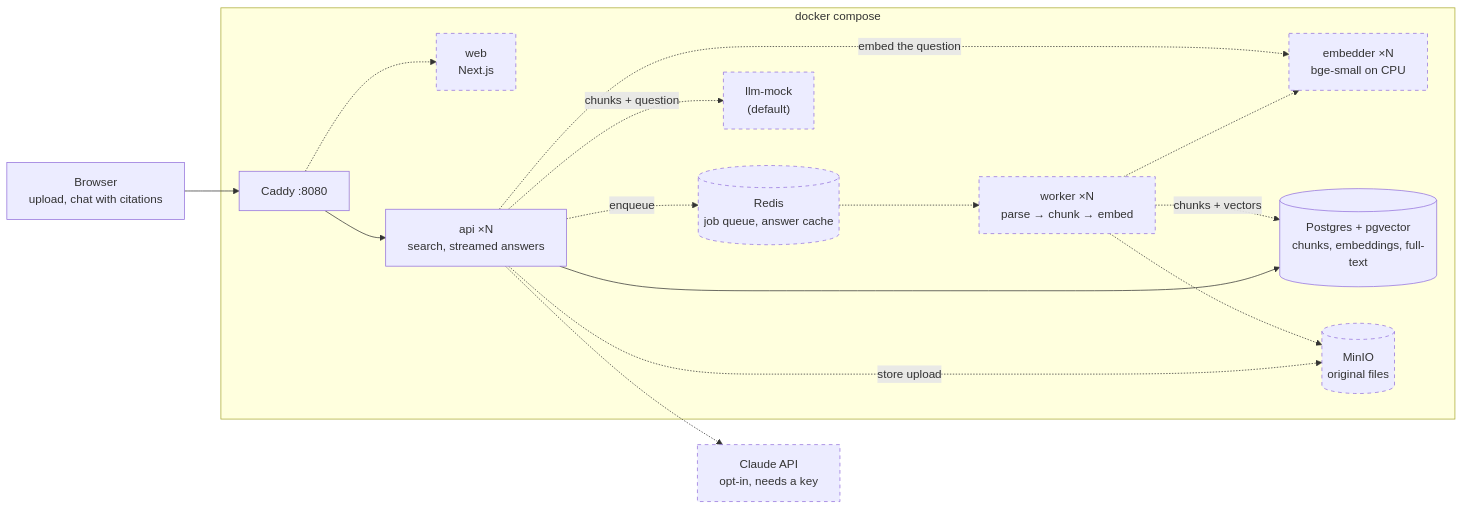
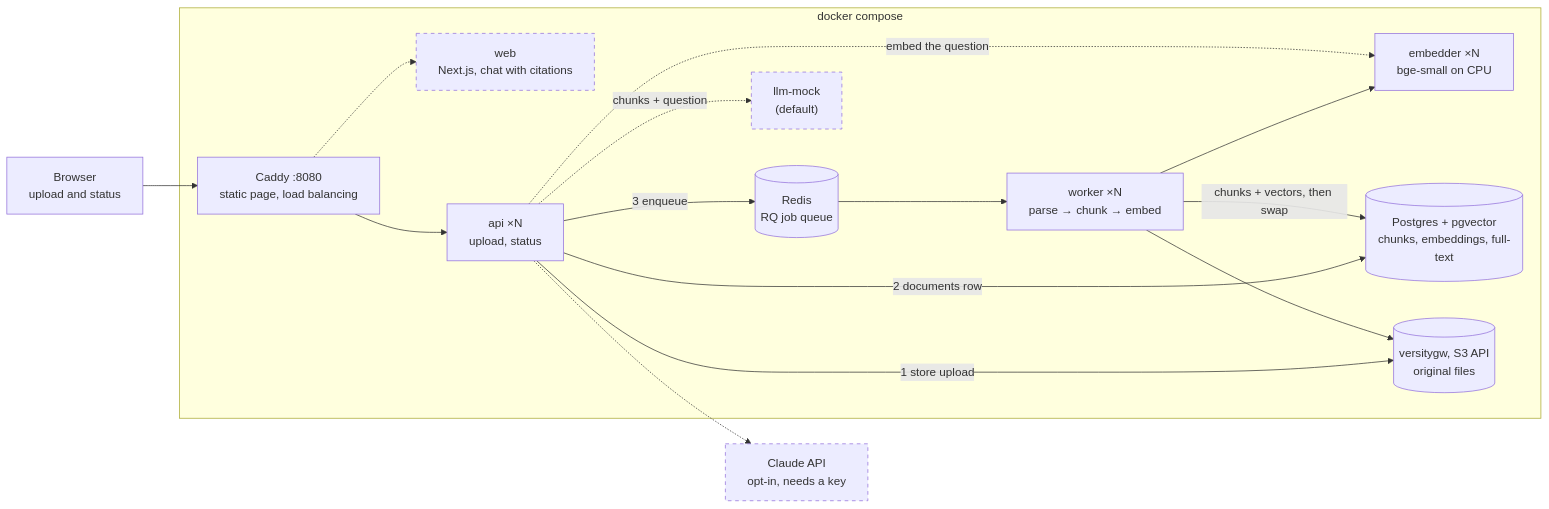
One commit to gonzalo-gigena/docs-qa changed the diagram in README.md. Above: the diagram before and after it, drawn with Mermaid. The commit also changed other lines of this file and 31 other files, not shown here.

````diff
--- a/README.md
+++ b/README.md
@@ -41,31 +49,31 @@
 ```mermaid
 flowchart LR
-  browser["Browser<br/>upload, chat with citations"]
+  browser["Browser<br/>upload and status"]
   subgraph stack["docker compose"]
-    caddy["Caddy :8080"]
-    web["web<br/>Next.js"]
-    api["api ×N<br/>search, streamed answers"]
+    caddy["Caddy :8080<br/>static page, load balancing"]
+    web["web<br/>Next.js, chat with citations"]
+    api["api ×N<br/>upload, status"]
     worker["worker ×N<br/>parse → chunk → embed"]
     embedder["embedder ×N<br/>bge-small on CPU"]
-    redis[("Redis<br/>job queue, answer cache")]
+    redis[("Redis<br/>RQ job queue")]
     db[("Postgres + pgvector<br/>chunks, embeddings, full-text")]
-    minio[("MinIO<br/>original files")]
+    storage[("versitygw, S3 API<br/>original files")]
     llm["llm-mock<br/>(default)"]
   end
   claude["Claude API<br/>opt-in, needs a key"]
   browser --> caddy
   caddy -.-> web
   caddy --> api
-  api --> db
-  api -.->|"store upload"| minio
-  api -.->|"enqueue"| redis
-  redis -.-> worker
-  worker -.-> minio
-  worker -.-> embedder
-  worker -.->|"chunks + vectors"| db
+  api -->|"1 store upload"| storage
+  api -->|"2 documents row"| db
+  api -->|"3 enqueue"| redis
+  redis --> worker
+  worker --> storage
+  worker --> embedder
+  worker -->|"chunks + vectors, then swap"| db
   api -.->|"embed the question"| embedder
   api -.->|"chunks + question"| llm
   api -.-> claude
-  class web,worker,embedder,redis,minio,llm,claude planned
+  class web,llm,claude planned
   classDef planned stroke-dasharray: 5 5
 ```
````
